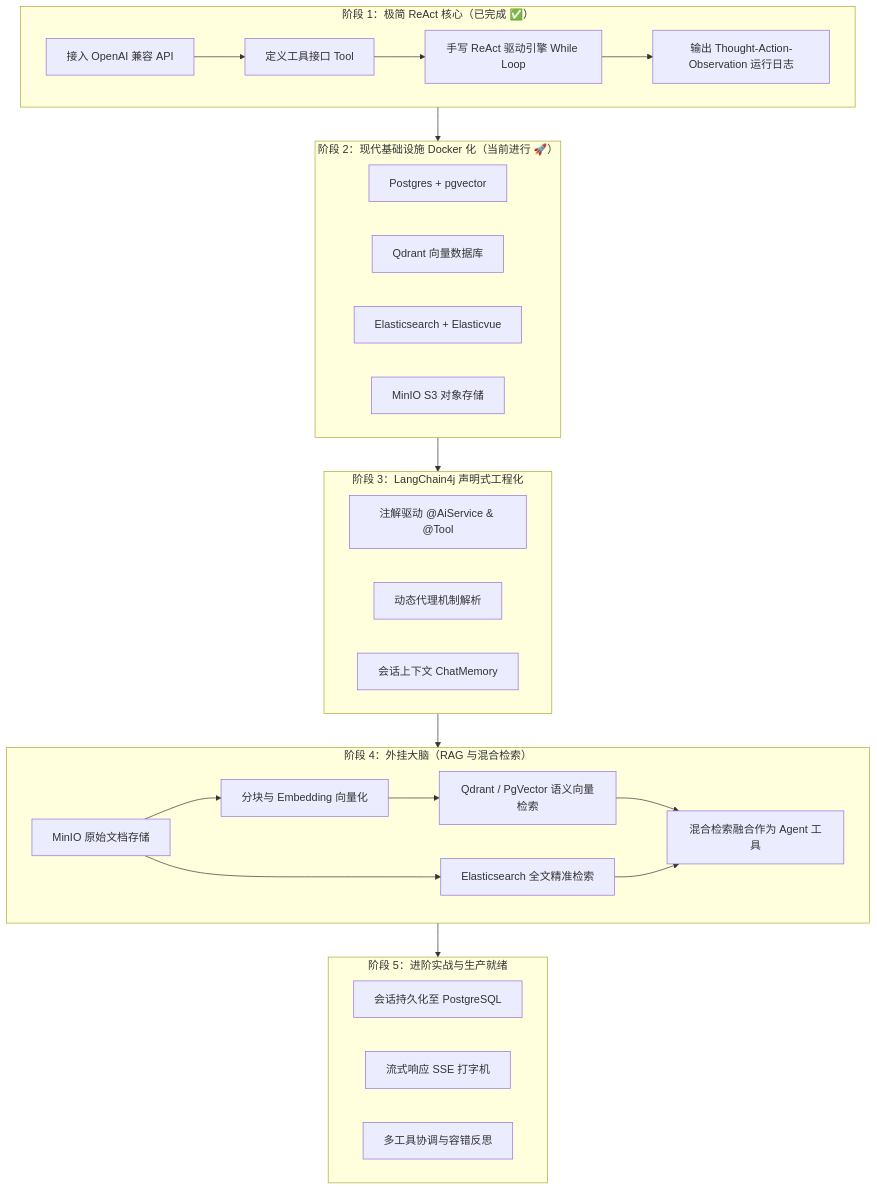
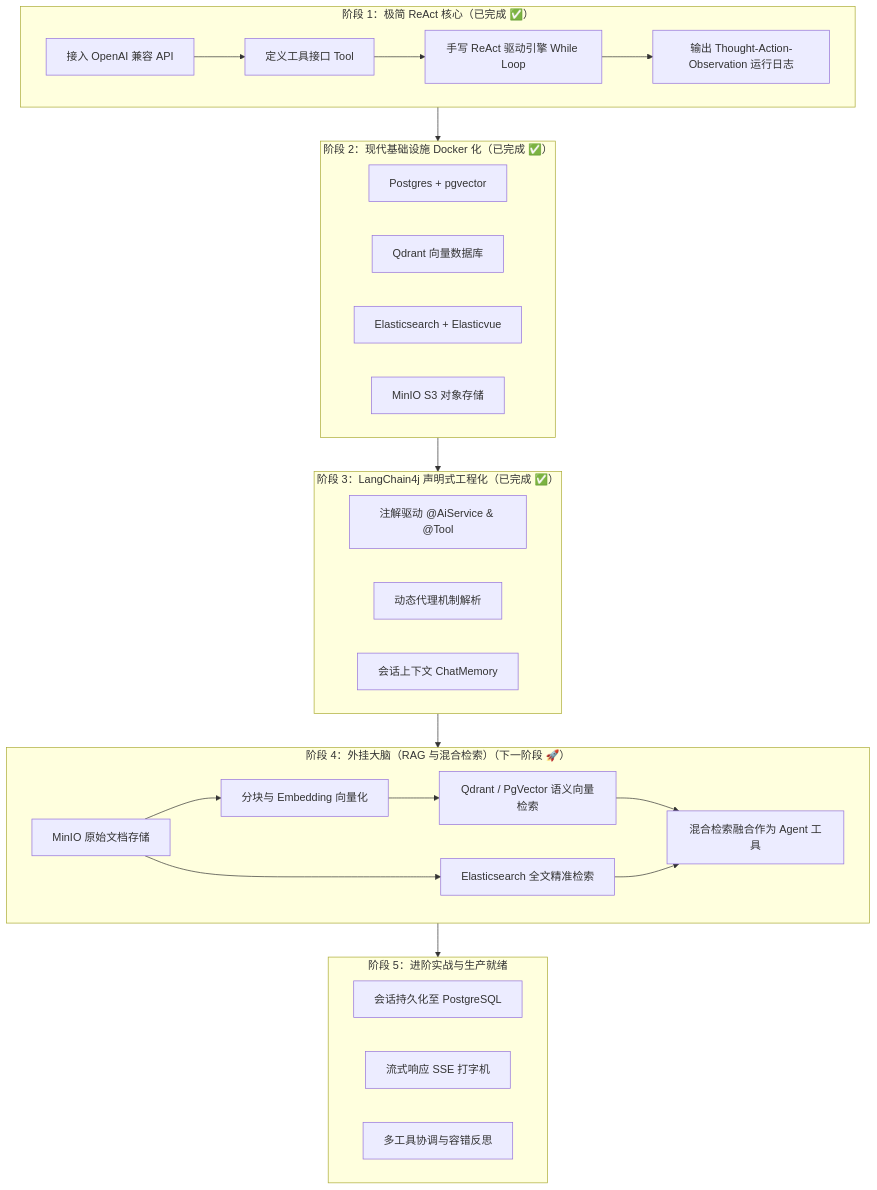
The diagram in ROADMAP.md (AKYakult/LearnAgent), drawn with Mermaid before and after one commit. The commit also changed other lines of this file and 4 other files, not shown here.

````diff
--- a/ROADMAP.md
+++ b/ROADMAP.md
@@ -10,39 +10,39 @@
 ```mermaid
 flowchart TD
     subgraph Phase1["阶段 1：极简 ReAct 核心（已完成 ✅）"]
         P1_1[接入 OpenAI 兼容 API] --> P1_2[定义工具接口 Tool]
         P1_2 --> P1_3[手写 ReAct 驱动引擎 While Loop]
         P1_3 --> P1_4[输出 Thought-Action-Observation 运行日志]
     end
 
-    subgraph Phase2["阶段 2：现代基础设施 Docker 化（当前进行 🚀）"]
+    subgraph Phase2["阶段 2：现代基础设施 Docker 化（已完成 ✅）"]
         P2_1[Postgres + pgvector]
         P2_2[Qdrant 向量数据库]
         P2_3[Elasticsearch + Elasticvue]
         P2_4[MinIO S3 对象存储]
     end
 
-    subgraph Phase3["阶段 3：LangChain4j 声明式工程化"]
+    subgraph Phase3["阶段 3：LangChain4j 声明式工程化（已完成 ✅）"]
         P3_1[注解驱动 @AiService & @Tool]
         P3_2[动态代理机制解析]
         P3_3[会话上下文 ChatMemory]
     end
 
-    subgraph Phase4["阶段 4：外挂大脑（RAG 与混合检索）"]
+    subgraph Phase4["阶段 4：外挂大脑（RAG 与混合检索）（下一阶段 🚀）"]
         P4_1[MinIO 原始文档存储] --> P4_2[分块与 Embedding 向量化]
         P4_2 --> P4_3[Qdrant / PgVector 语义向量检索]
         P4_1 --> P4_4[Elasticsearch 全文精准检索]
         P4_3 & P4_4 --> P4_5[混合检索融合作为 Agent 工具]
     end
 
     subgraph Phase5["阶段 5：进阶实战与生产就绪"]
         P5_1[会话持久化至 PostgreSQL]
         P5_2[流式响应 SSE 打字机]
         P5_3[多工具协调与容错反思]
     end
 
     Phase1 --> Phase2
     Phase2 --> Phase3
     Phase3 --> Phase4
     Phase4 --> Phase5
 ```
````
